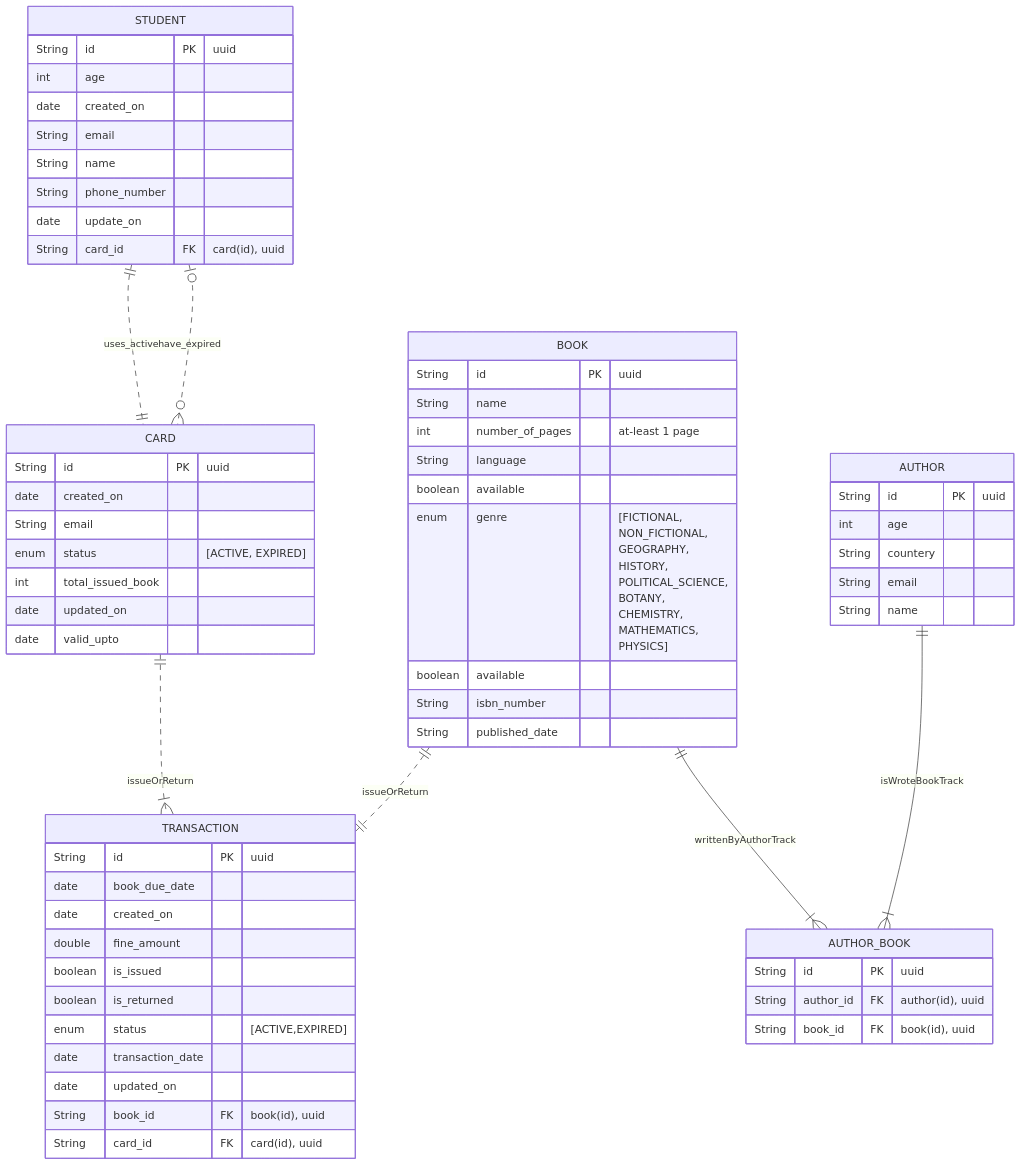
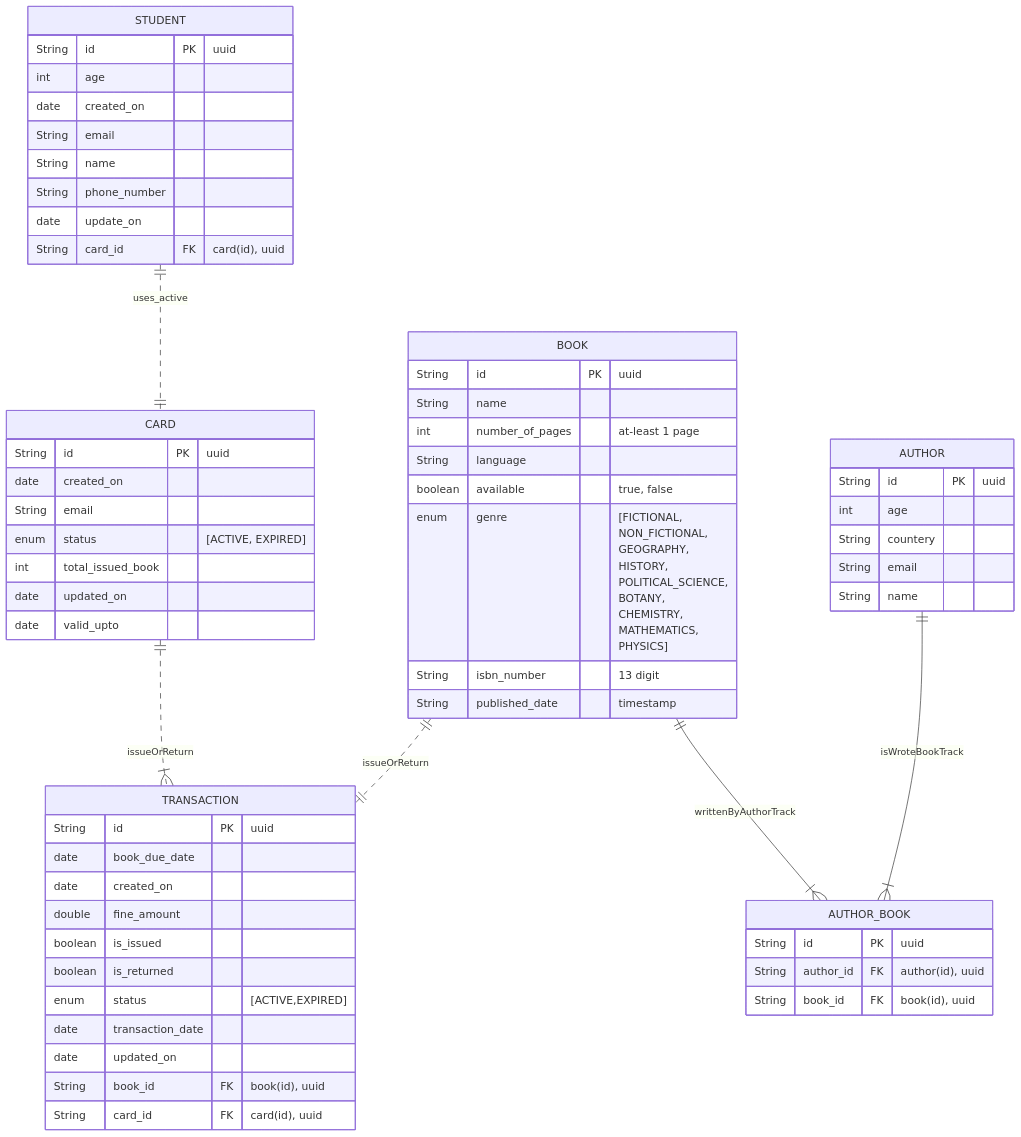
Before and after one commit to swarnava-code/Digital-Library-Backend-using-Spring-Boot: the diagram in README.md, drawn with Mermaid.

Commit message:
update ER diagram

````diff
--- a/README.md
+++ b/README.md
@@ -76,75 +76,73 @@
 ```mermaid
 erDiagram
     BOOK ||--|{ AUTHOR_BOOK : writtenByAuthorTrack
     AUTHOR ||--|{ AUTHOR_BOOK : isWroteBookTrack
     
     STUDENT ||..|| CARD  : uses_active
-    STUDENT |o..o{ CARD  : have_expired
     
     CARD ||..|{ TRANSACTION : issueOrReturn
     BOOK ||..|| TRANSACTION : issueOrReturn
     
     BOOK {
         String id PK "uuid"
         String name
         int number_of_pages "at-least 1 page"
         String language
-        boolean available
+        boolean available "true, false"
         enum genre "[FICTIONAL,
             NON_FICTIONAL,
             GEOGRAPHY,
             HISTORY,
             POLITICAL_SCIENCE,
             BOTANY,
             CHEMISTRY,
             MATHEMATICS,
             PHYSICS]"
-        boolean available
-        String isbn_number
-        String published_date
+        String isbn_number "13 digit"
+        String published_date "timestamp"
     }
     AUTHOR {
         String id PK "uuid"
         int age
         String countery
         String email
         String name
     }
     AUTHOR_BOOK {
         String id PK "uuid"
         String author_id FK "author(id), uuid"
         String book_id FK "book(id), uuid"
     }
     CARD {
         String id PK "uuid"
         date created_on
         String email
         enum status "[ACTIVE, EXPIRED]"
         int total_issued_book
         date updated_on
         date valid_upto
     }
     STUDENT {
         String id PK "uuid"
         int age
         date created_on
         String email
         String name
         String phone_number
         date update_on
         String card_id FK "card(id), uuid"
     }
     TRANSACTION {
         String id PK "uuid"
         date book_due_date
         date created_on
         double fine_amount
         boolean is_issued
         boolean is_returned
         enum status "[ACTIVE,EXPIRED]"
         date transaction_date
         date updated_on
         String book_id FK "book(id), uuid"
         String card_id FK "card(id), uuid"
     }
 ```
````
